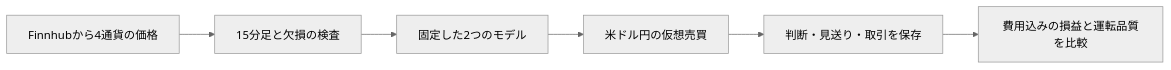
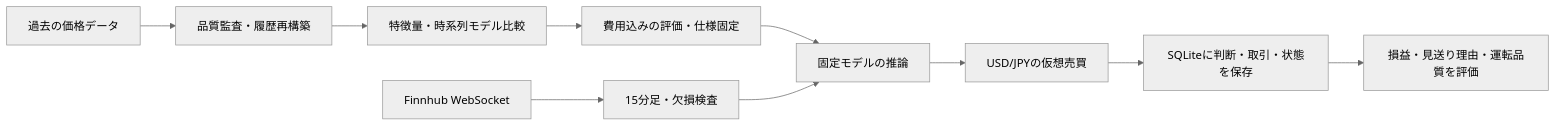
Before and after one commit to Fuku1121/fx-ml-trading: the diagram in README.md, drawn with Mermaid (neutral theme). The commit also changed other lines of this file, not shown here.

````diff
--- a/README.md
+++ b/README.md
@@ -34,8 +23,12 @@
 ```mermaid
 flowchart LR
-    A[Finnhubから4通貨の価格] --> B[15分足と欠損の検査]
-    B --> C[固定した2つのモデル]
-    C --> D[米ドル円の仮想売買]
-    D --> E[判断・見送り・取引を保存]
-    E --> F[費用込みの損益と運転品質を比較]
+    A[過去の価格データ] --> B[品質監査・履歴再構築]
+    B --> C[特徴量・時系列モデル比較]
+    C --> D[費用込みの評価・仕様固定]
+    D --> G[固定モデルの推論]
+    E[Finnhub WebSocket] --> F[15分足・欠損検査]
+    F --> G
+    G --> H[USD/JPYの仮想売買]
+    H --> I[SQLiteに判断・取引・状態を保存]
+    I --> J[損益・見送り理由・運転品質を評価]
 ```
````
